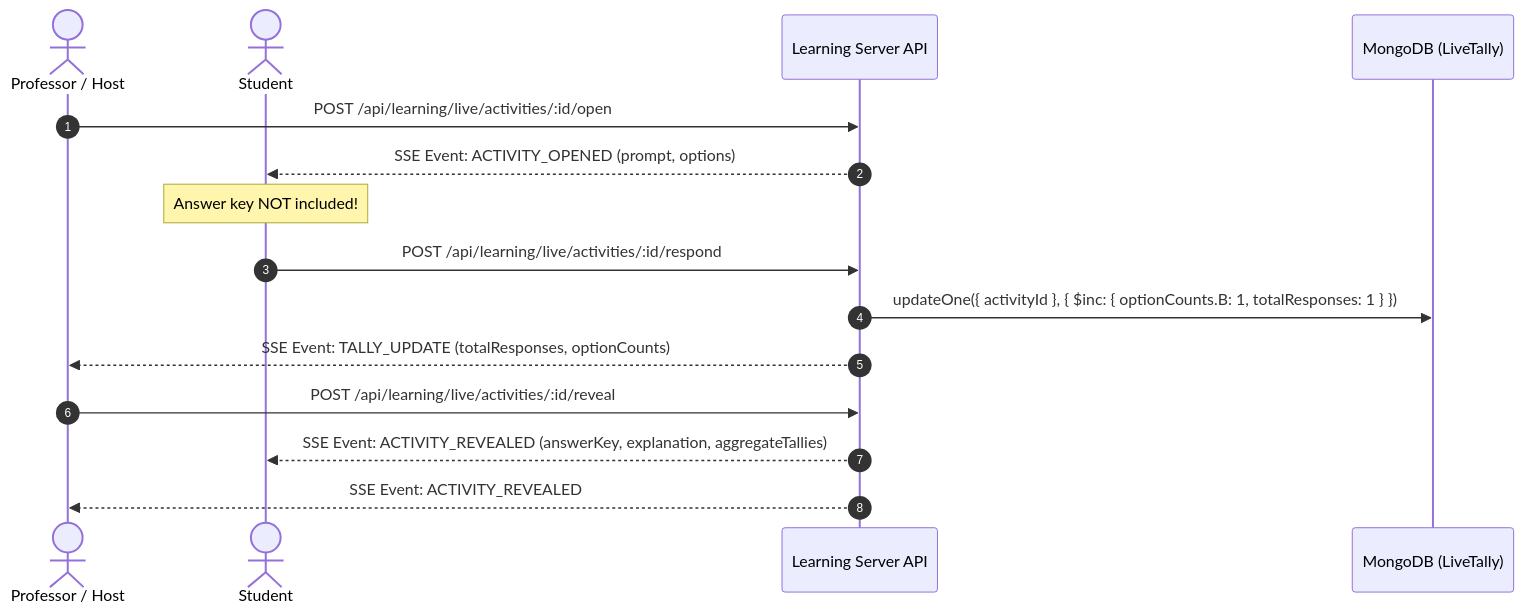
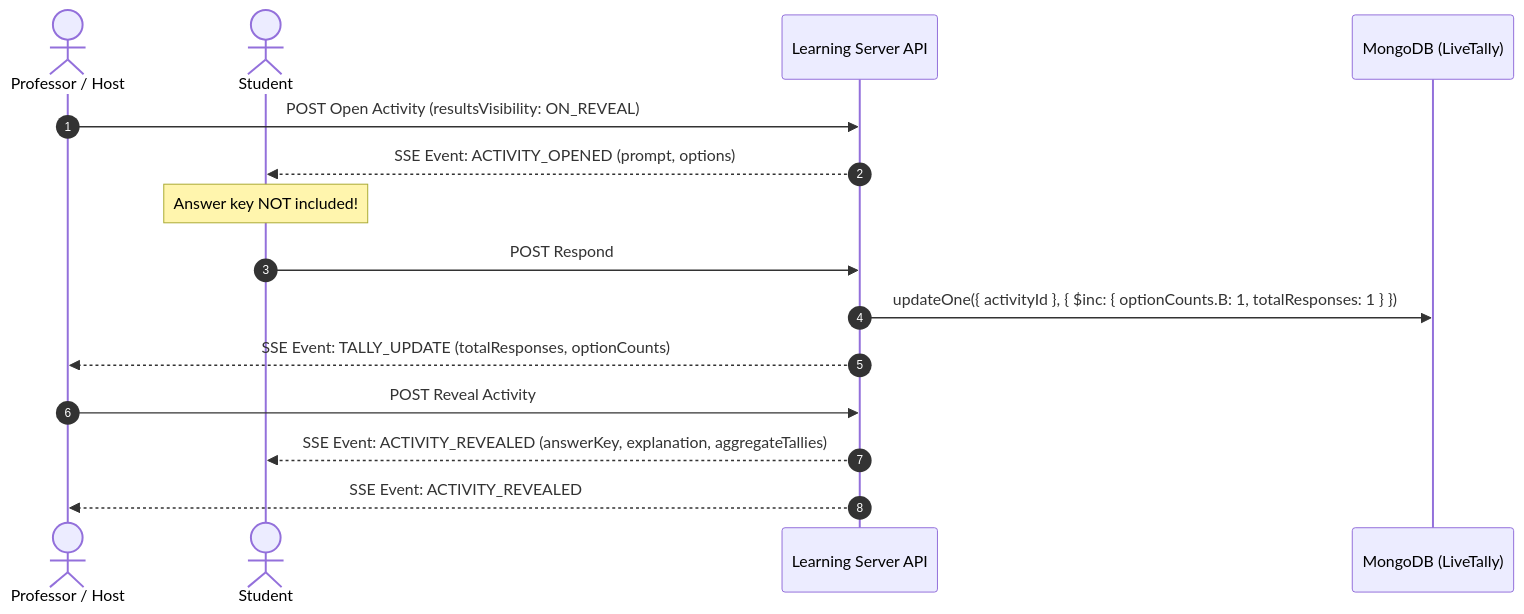
One commit to Aarathi1535/assignment_evaluation-IIIT-Hyd changed the sixth of 9 diagrams in docs/learning-module.md. Above: the diagram before and after it, drawn with Mermaid. The commit also changed other lines of this file, not shown here.

Commit message:
docs(learning): align models, identity, and visibility with issue #244

````diff
--- a/docs/learning-module.md
+++ b/docs/learning-module.md
@@ -417,20 +424,20 @@
 ```mermaid
 sequenceDiagram
     autonumber
     actor Prof as Professor / Host
     actor Stud as Student
     participant Svr as Learning Server API
     participant DB as MongoDB (LiveTally)
 
-    Prof->>Svr: POST /api/learning/live/activities/:id/open
+    Prof->>Svr: POST Open Activity (resultsVisibility: ON_REVEAL)
     Svr-->>Stud: SSE Event: ACTIVITY_OPENED (prompt, options)
     Note over Stud: Answer key NOT included!
 
-    Stud->>Svr: POST /api/learning/live/activities/:id/respond
+    Stud->>Svr: POST Respond
     Svr->>DB: updateOne({ activityId }, { $inc: { optionCounts.B: 1, totalResponses: 1 } })
     Svr-->>Prof: SSE Event: TALLY_UPDATE (totalResponses, optionCounts)
 
-    Prof->>Svr: POST /api/learning/live/activities/:id/reveal
+    Prof->>Svr: POST Reveal Activity
     Svr-->>Stud: SSE Event: ACTIVITY_REVEALED (answerKey, explanation, aggregateTallies)
     Svr-->>Prof: SSE Event: ACTIVITY_REVEALED
 ```
````
